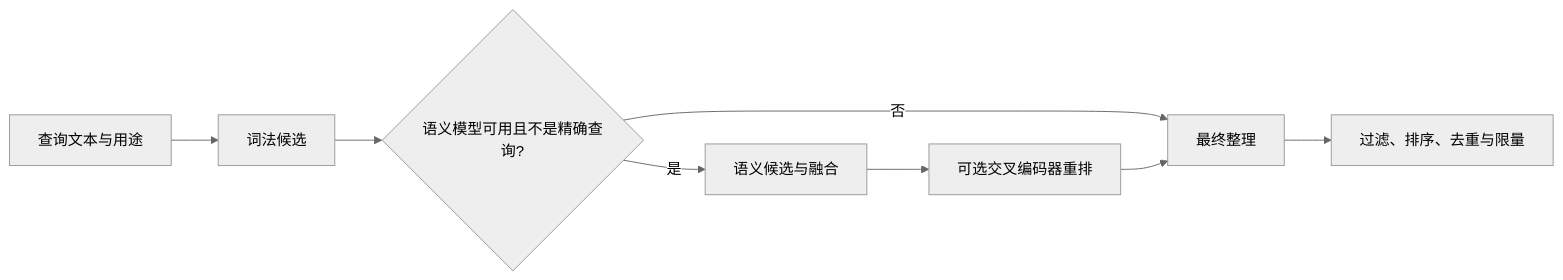
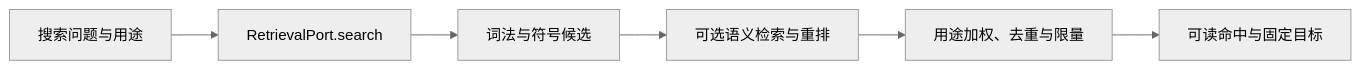
One commit to lejunyang/omem changed the diagram in .repo-review/knowledge/articles/e1aefe156d02f69476a443ae16951b1e4d0f5e30e2f93765c433725e810452db.md. Above: the diagram before and after it, drawn with Mermaid (neutral theme). The commit also changed other lines of this file and 7 other files, not shown here.

````diff
--- a/.repo-review/knowledge/articles/e1aefe156d02f69476a443ae16951b1e4d0f5e30e2f93765c433725e810452db.md
+++ b/.repo-review/knowledge/articles/e1aefe156d02f69476a443ae16951b1e4d0f5e30e2f93765c433725e810452db.md
@@ -21,10 +19,8 @@
 ```mermaid
 flowchart LR
-  A[查询文本与用途] --> B[词法候选]
-  B --> C{语义模型可用且不是精确查询?}
-  C -- 是 --> D[语义候选与融合]
-  C -- 否 --> F[最终整理]
-  D --> E[可选交叉编码器重排]
-  E --> F
-  F --> G[过滤、排序、去重与限量]
+  A[搜索问题与用途] --> B[RetrievalPort.search]
+  B --> C[词法与符号候选]
+  C --> D[可选语义检索与重排]
+  D --> E[用途加权、去重与限量]
+  E --> F[可读命中与固定目标]
 ```
````
